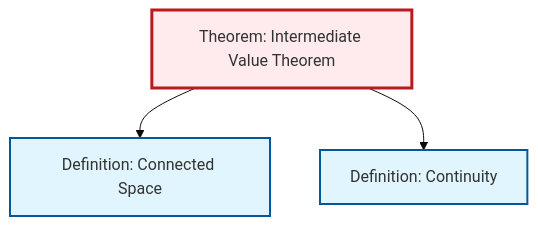
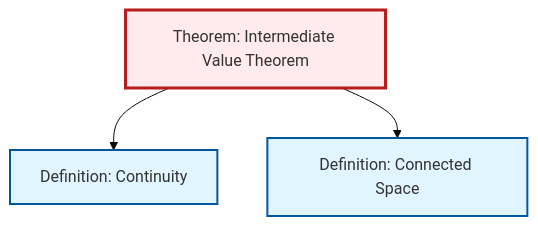
One commit to RK0429/ModernMath changed the diagram in content/en/topology/thm-intermediate-value.qmd. Above: the diagram before and after it, drawn with Mermaid (base theme). The commit also changed other lines of this file and 417 other files, not shown here.

````diff
--- a/content/en/topology/thm-intermediate-value.qmd
+++ b/content/en/topology/thm-intermediate-value.qmd
@@ -50,17 +50,17 @@
 ```{mermaid}
 %%| fig-cap: "Local dependency graph"
 graph TD
     classDef definition fill:#e1f5fe,stroke:#01579b,stroke-width:2px
     classDef theorem fill:#f3e5f5,stroke:#4a148c,stroke-width:2px
     classDef axiom fill:#fff3e0,stroke:#e65100,stroke-width:2px
     classDef example fill:#e8f5e9,stroke:#1b5e20,stroke-width:2px
     classDef current fill:#ffebee,stroke:#b71c1c,stroke-width:3px
+    def-continuity["Definition: Continuity"]:::definition
     thm-intermediate-value["Theorem: Intermediate Value Theorem"]:::theorem
-    def-continuity["Definition: Continuity"]:::definition
     def-connected["Definition: Connected Space"]:::definition
+    thm-intermediate-value --> def-continuity
     thm-intermediate-value --> def-connected
-    thm-intermediate-value --> def-continuity
     class thm-intermediate-value current
     click def-continuity "def-continuity.html" "Go to Continuity definition"
     click def-connected "def-connected.html" "Go to Connected Space definition"
 ```
````
